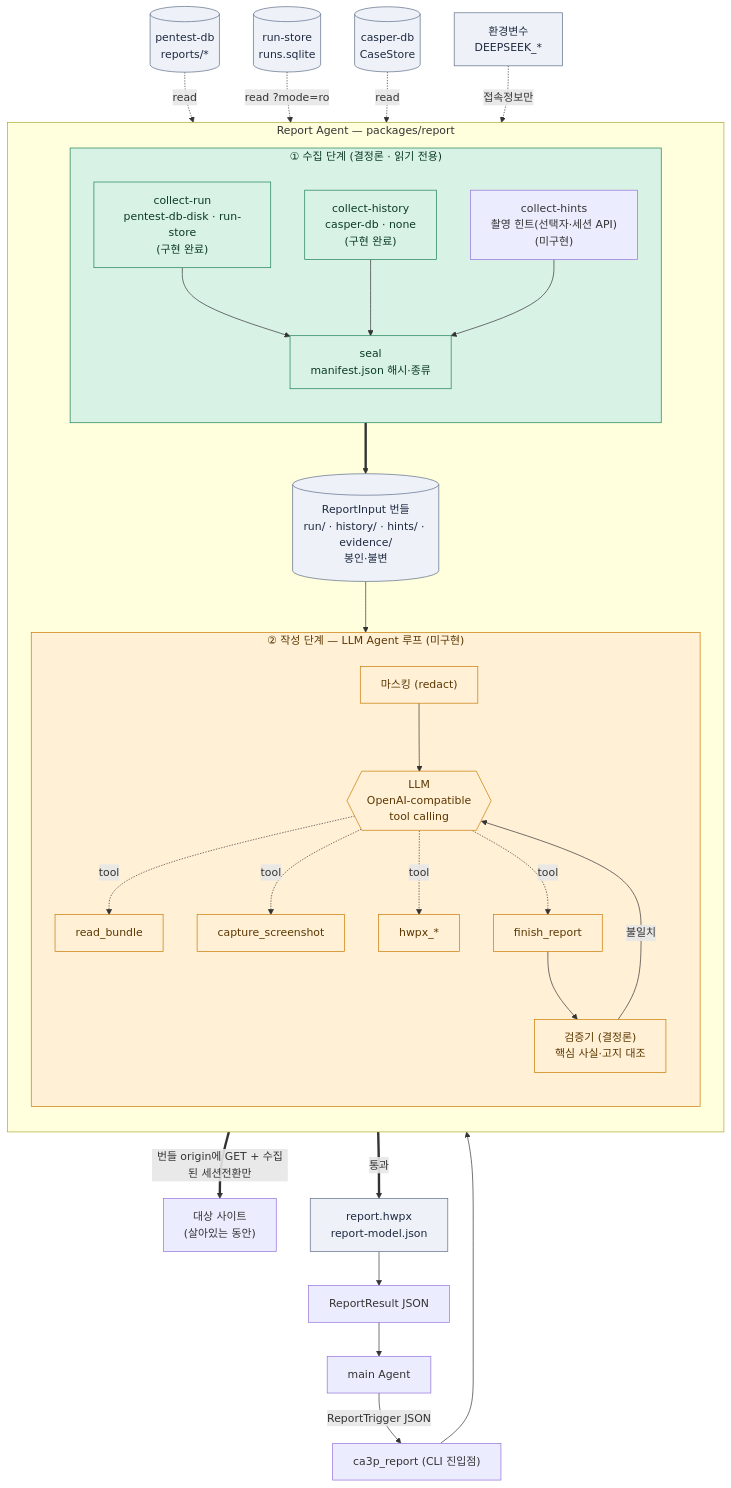
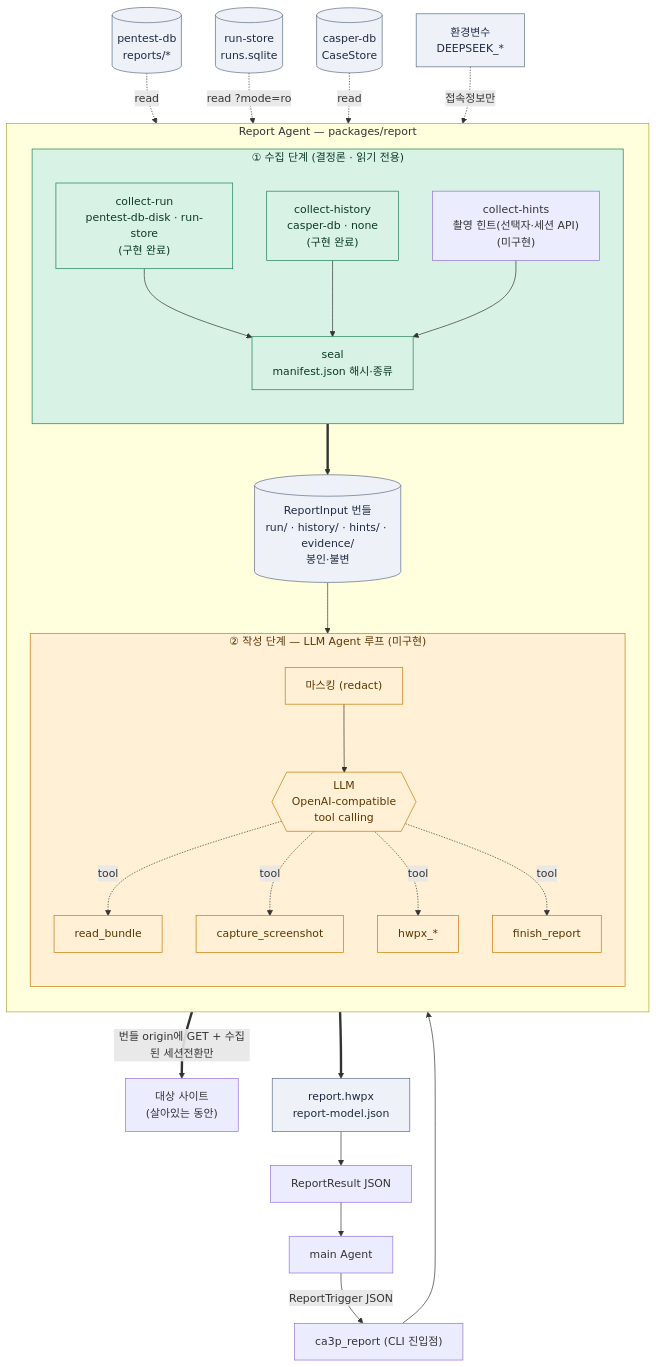
The diagram in packages/report/ARCHITECTURE.md (typemnm/FSL-CA3P), drawn with Mermaid before and after one commit. The commit also changed other lines of this file and 1 other file, not shown here.

Commit message:
docs(report): drop the verifier and CVSS recomputation
Per the owner's decision, the build stage keeps whatever the LLM writes:
remove the deterministic verifier and the CVSS vector recomputation.
Factual guidance (copy finding.status as the exploit verdict, include the
mandatory notices, label CVSS as LLM-produced, never emit secrets) moves
into the system prompt as non-binding guidance, not enforced in code.
Record the resulting limitation: tool sandboxes still bound actions, but
report-content accuracy now depends on the prompt and the LLM.

````diff
--- a/packages/report/ARCHITECTURE.md
+++ b/packages/report/ARCHITECTURE.md
@@ -14,53 +14,51 @@
 ```mermaid
 flowchart TB
     MAIN["main Agent"] -->|ReportTrigger JSON| CLI["ca3p_report (CLI 진입점)"]
 
     subgraph AGENT["Report Agent — packages/report"]
         direction TB
 
         subgraph COLLECT["① 수집 단계 (결정론 · 읽기 전용)"]
             direction TB
             CR["collect-run<br/>pentest-db-disk · run-store<br/>(구현 완료)"]
             CH["collect-history<br/>casper-db · none<br/>(구현 완료)"]
             HINT["collect-hints<br/>촬영 힌트(선택자·세션 API)<br/>(미구현)"]
             SEAL["seal<br/>manifest.json 해시·종류"]
             CR --> SEAL
             CH --> SEAL
             HINT --> SEAL
         end
 
         SEAL ==> BUNDLE[("ReportInput 번들<br/>run/ · history/ · hints/ · evidence/<br/>봉인·불변")]
 
         subgraph BUILD["② 작성 단계 — LLM Agent 루프 (미구현)"]
             direction TB
             REDACT["마스킹 (redact)"] --> LLM{{"LLM<br/>OpenAI-compatible<br/>tool calling"}}
             LLM -.tool.-> T1["read_bundle"]
             LLM -.tool.-> T2["capture_screenshot"]
             LLM -.tool.-> T3["hwpx_*"]
             LLM -.tool.-> T4["finish_report"]
-            T4 --> VERIFY["검증기 (결정론)<br/>핵심 사실·고지 대조"]
-            VERIFY -->|불일치| LLM
         end
 
         BUNDLE --> REDACT
     end
 
     CLI --> COLLECT
     T2 ==>|번들 origin에 GET + 수집된 세션전환만| TARGET["대상 사이트<br/>(살아있는 동안)"]
-    VERIFY ==>|통과| OUT["report.hwpx<br/>report-model.json"]
+    T4 ==> OUT["report.hwpx<br/>report-model.json"]
     OUT --> RESULT["ReportResult JSON"]
     RESULT --> MAIN
 
     %% 외부 데이터 소스 (읽기 전용)
     PDB[("pentest-db<br/>reports/*")] -.->|read| CR
     RS[("run-store<br/>runs.sqlite")] -.->|read ?mode=ro| CR
     CDB[("casper-db<br/>CaseStore")] -.->|read| CH
     ENV["환경변수<br/>DEEPSEEK_*"] -.->|접속정보만| LLM
 
     classDef done fill:#d9f2e6,stroke:#1a7f52,color:#0b3a26;
     classDef todo fill:#fff0d6,stroke:#c97800,color:#5a3600;
     classDef data fill:#eef2f8,stroke:#5b6b85,color:#1f2a40;
     class COLLECT,CR,CH,SEAL done;
-    class BUILD,REDACT,LLM,T1,T2,T3,T4,VERIFY todo;
+    class BUILD,REDACT,LLM,T1,T2,T3,T4 todo;
     class BUNDLE,PDB,RS,CDB,ENV,OUT data;
 ```
````
